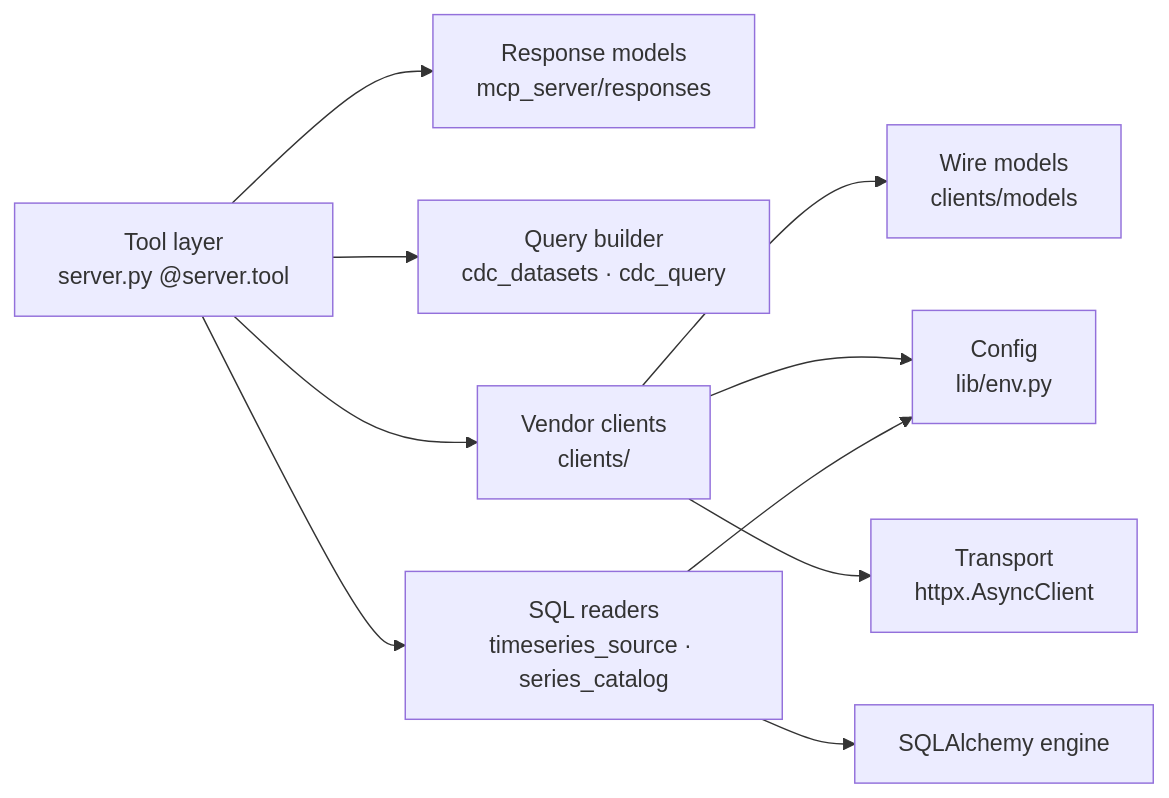
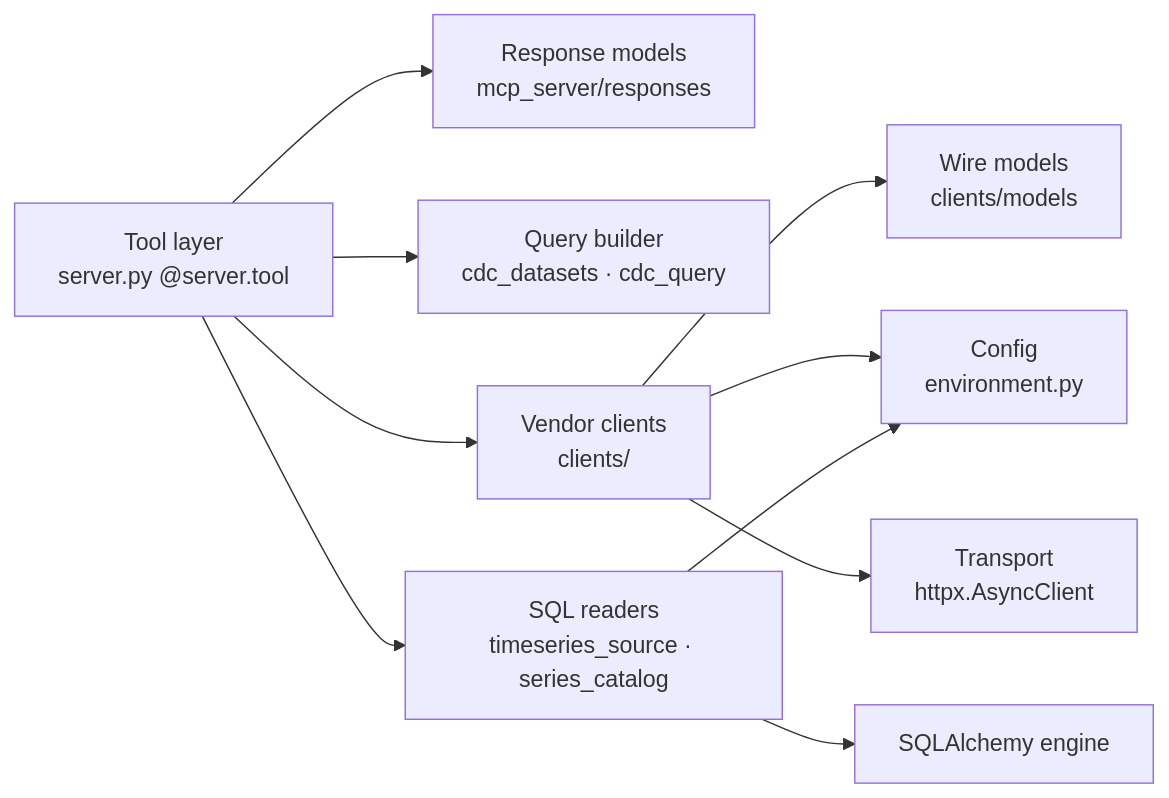
One commit to glyfish/sefer changed the second of 4 diagrams in meida/architecture.md. Above: the diagram before and after it, drawn with Mermaid. The commit also changed other lines of this file and 8 other files, not shown here.

````diff
--- a/meida/architecture.md
+++ b/meida/architecture.md
@@ -147,12 +148,12 @@
 ```mermaid
 graph LR
     A["Tool layer<br/>server.py @server.tool"] --> R["Response models<br/>mcp_server/responses"]
     A --> Q["Query builder<br/>cdc_datasets · cdc_query"]
     A --> C["Vendor clients<br/>clients/"]
     A --> D["SQL readers<br/>timeseries_source · series_catalog"]
     C --> M["Wire models<br/>clients/models"]
-    C --> E["Config<br/>lib/env.py"]
+    C --> E["Config<br/>environment.py"]
     C --> T["Transport<br/>httpx.AsyncClient"]
     D --> E
     D --> G["SQLAlchemy engine"]
 ```
````
